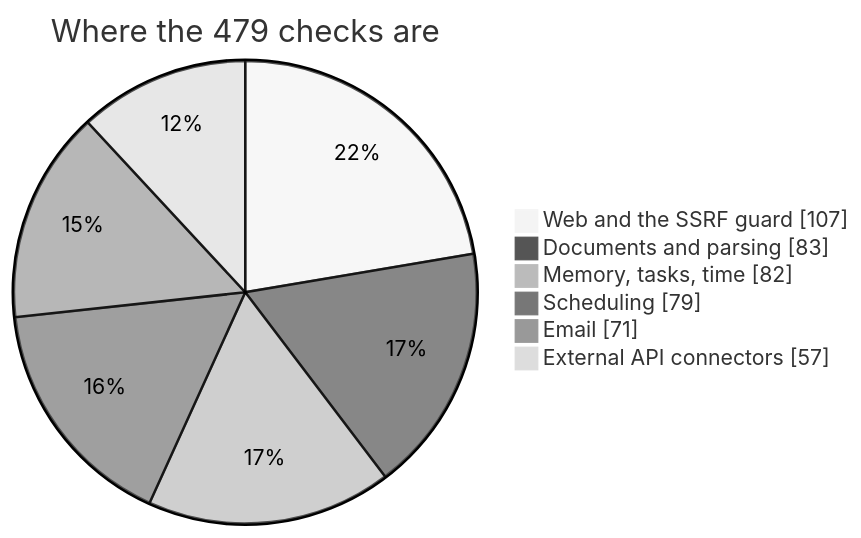
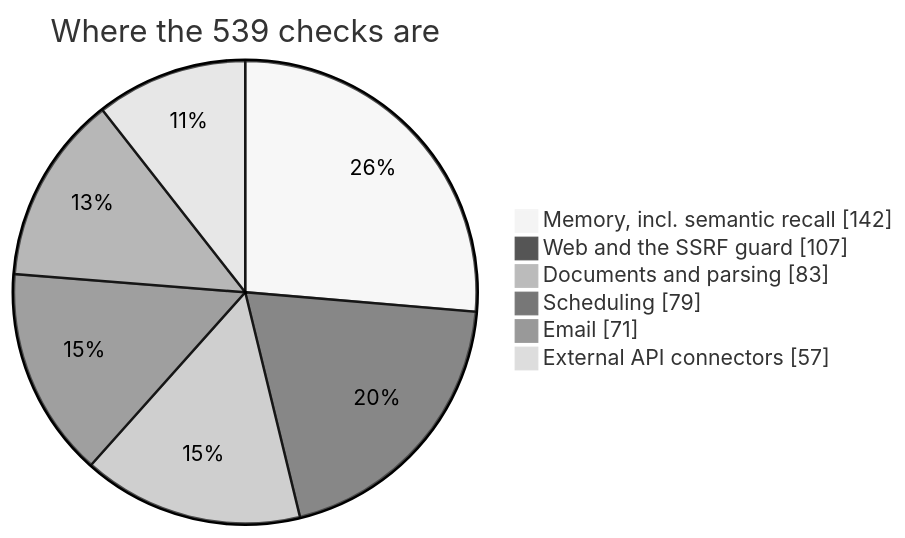
One commit to anshnt/Personal-AI-Agent changed the sixth of 6 diagrams in README.md. Above: the diagram before and after it, drawn with Mermaid (neutral theme). The commit also changed other lines of this file and 14 other files, not shown here.

````diff
--- a/README.md
+++ b/README.md
@@ -494,10 +527,10 @@
 ```mermaid
 pie showData
-    title Where the 479 checks are
+    title Where the 539 checks are
+    "Memory, incl. semantic recall" : 142
     "Web and the SSRF guard" : 107
     "Documents and parsing" : 83
-    "Memory, tasks, time" : 82
     "Scheduling" : 79
     "Email" : 71
     "External API connectors" : 57
 ```
````
